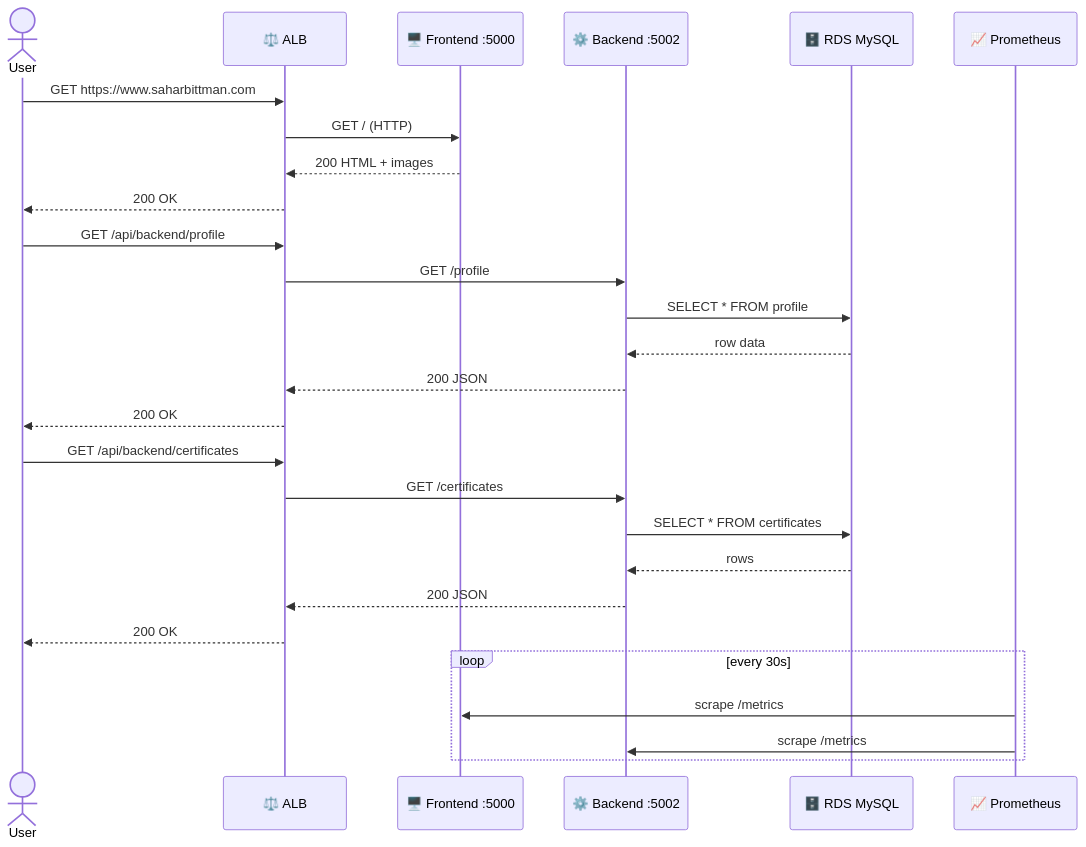
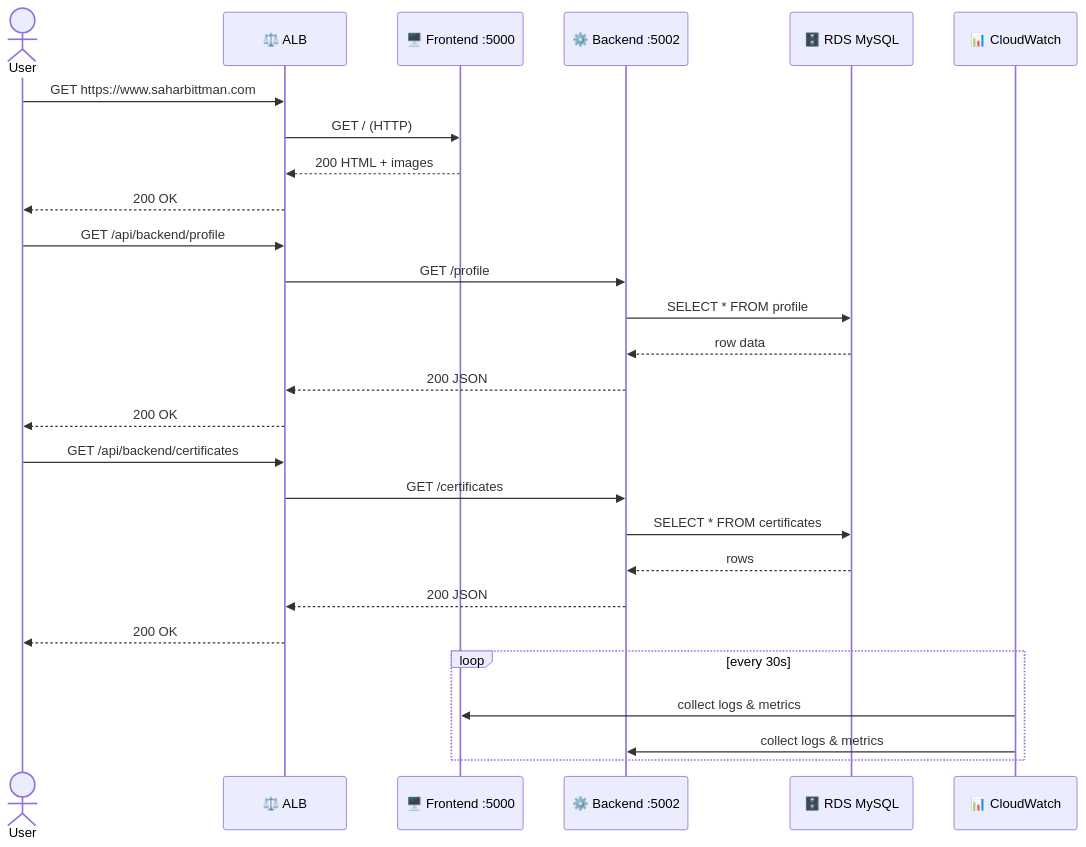
One commit to sahar449/my-portfolio changed the second of 2 diagrams in README.md. Above: the diagram before and after it, drawn with Mermaid. The commit also changed other lines of this file and 3 other files, not shown here.

````diff
--- a/README.md
+++ b/README.md
@@ -85,33 +83,33 @@
 ```mermaid
 sequenceDiagram
     actor User
     participant ALB  as ⚖️ ALB
     participant FE   as 🖥️ Frontend :5000
     participant BE   as ⚙️ Backend :5002
     participant RDS  as 🗄️ RDS MySQL
-    participant AMP  as 📈 Prometheus
+    participant CW   as 📊 CloudWatch
 
     User->>ALB: GET https://www.saharbittman.com
     ALB->>FE: GET / (HTTP)
     FE-->>ALB: 200 HTML + images
     ALB-->>User: 200 OK
 
     User->>ALB: GET /api/backend/profile
     ALB->>BE: GET /profile
     BE->>RDS: SELECT * FROM profile
     RDS-->>BE: row data
     BE-->>ALB: 200 JSON
     ALB-->>User: 200 OK
 
     User->>ALB: GET /api/backend/certificates
     ALB->>BE: GET /certificates
     BE->>RDS: SELECT * FROM certificates
     RDS-->>BE: rows
     BE-->>ALB: 200 JSON
     ALB-->>User: 200 OK
 
     loop every 30s
-        AMP->>FE: scrape /metrics
-        AMP->>BE: scrape /metrics
+        CW->>FE: collect logs & metrics
+        CW->>BE: collect logs & metrics
     end
 ```
````
